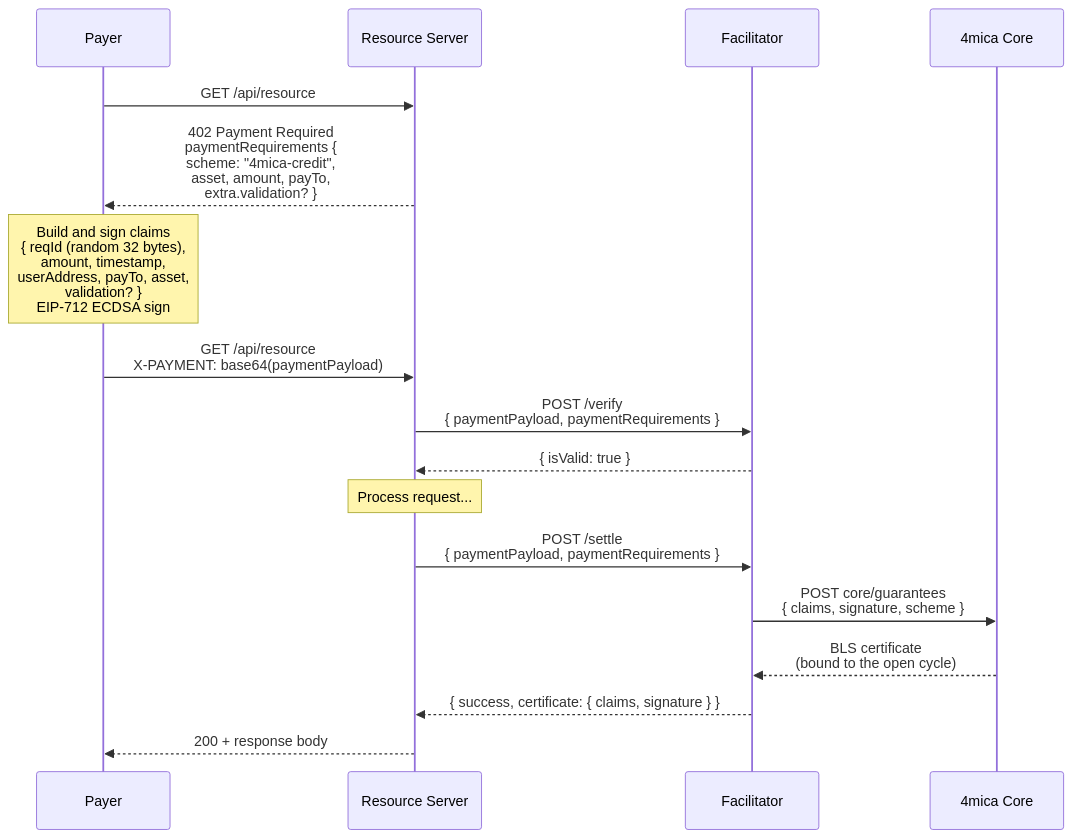
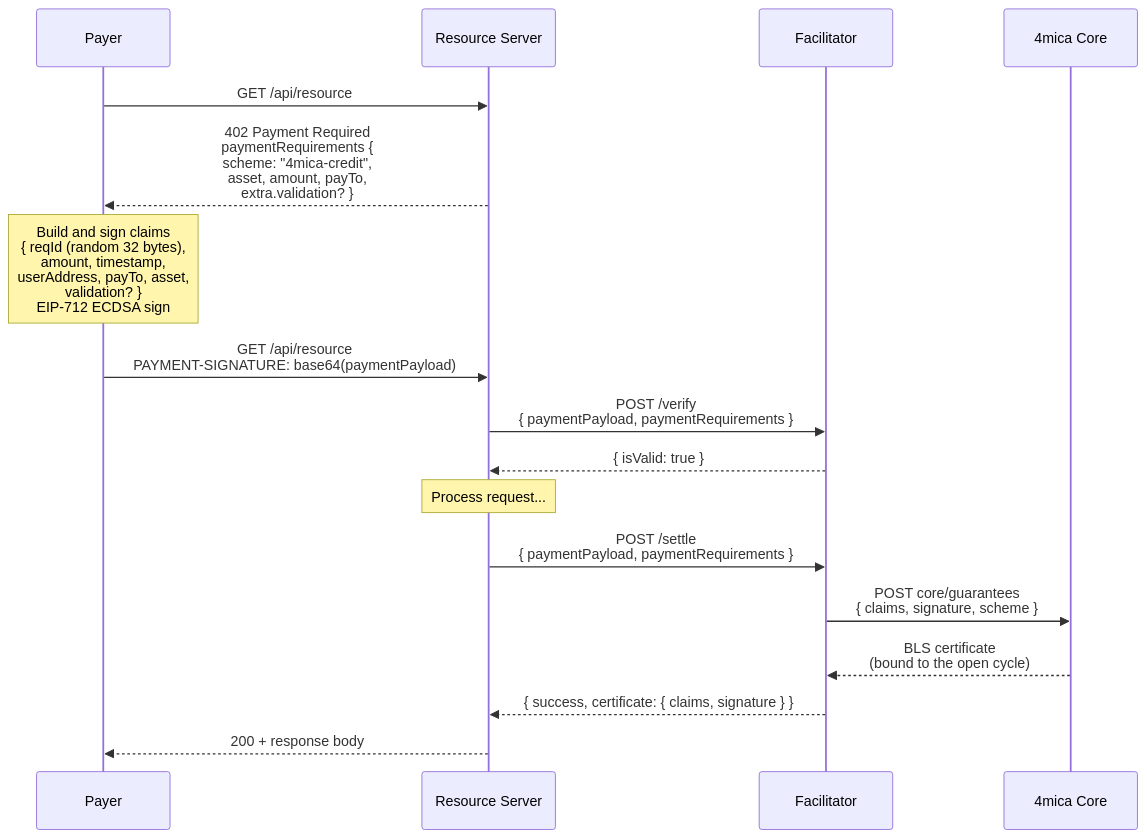
Before and after one commit to 4mica-Network/4mica: the first of 2 diagrams in apps/facilitator/README.md, drawn with Mermaid. The commit also changed other lines of this file and 10 other files, not shown here.

````diff
--- a/apps/facilitator/README.md
+++ b/apps/facilitator/README.md
@@ -548,24 +560,24 @@
 ```mermaid
 sequenceDiagram
     participant P as Payer
     participant R as Resource Server
     participant F as Facilitator
     participant C as 4mica Core
 
     P->>R: GET /api/resource
     R-->>P: 402 Payment Required<br/>paymentRequirements {<br/>  scheme: "4mica-credit",<br/>  asset, amount, payTo,<br/>  extra.validation? }
 
     Note over P: Build and sign claims<br/>{ reqId (random 32 bytes),<br/>  amount, timestamp,<br/>  userAddress, payTo, asset,<br/>  validation? }<br/>EIP-712 ECDSA sign
 
-    P->>R: GET /api/resource<br/>X-PAYMENT: base64(paymentPayload)
+    P->>R: GET /api/resource<br/>PAYMENT-SIGNATURE: base64(paymentPayload)
     R->>F: POST /verify<br/>{ paymentPayload, paymentRequirements }
     F-->>R: { isValid: true }
 
     Note over R: Process request...
 
     R->>F: POST /settle<br/>{ paymentPayload, paymentRequirements }
     F->>C: POST core/guarantees<br/>{ claims, signature, scheme }
     C-->>F: BLS certificate<br/>(bound to the open cycle)
     F-->>R: { success, certificate: { claims, signature } }
     R-->>P: 200 + response body
 ```
````
